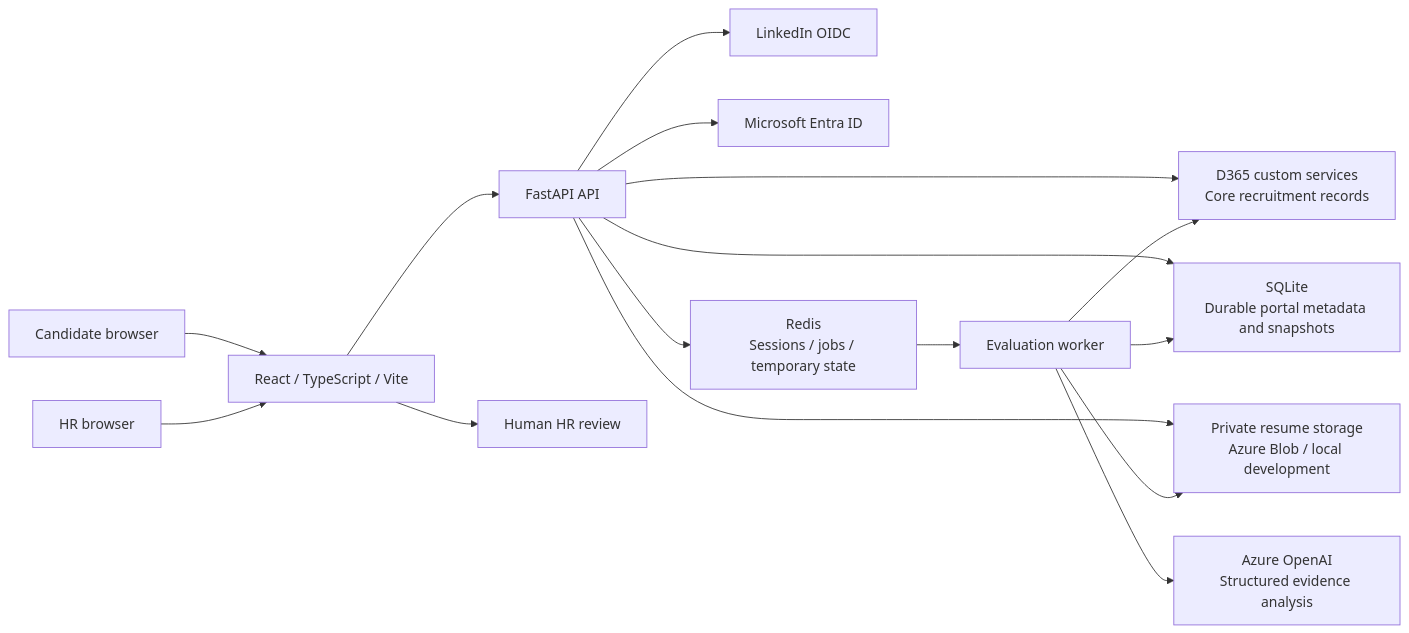
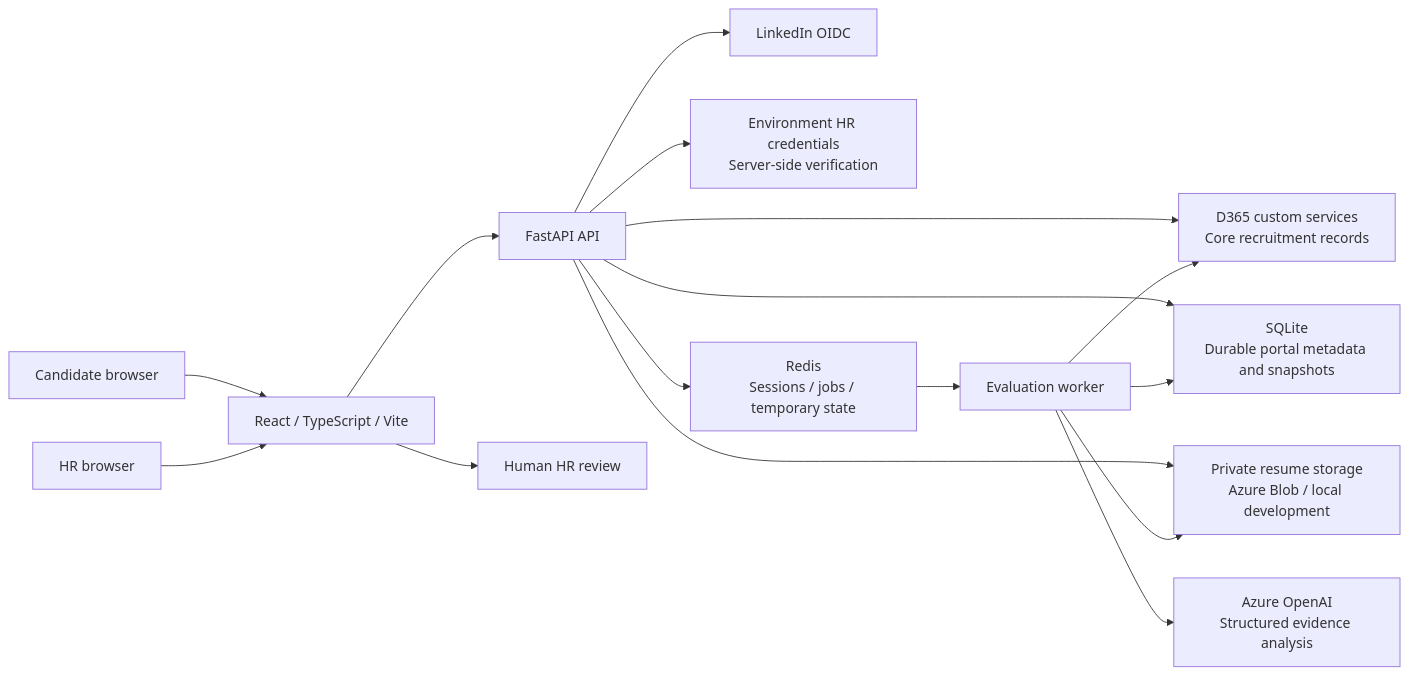
Before and after one commit to SriTharoon05/UB_HRProcess_Agent: the diagram in docs/architecture.md, drawn with Mermaid. The commit also changed 19 other files, not shown here.

````diff
--- a/docs/architecture.md
+++ b/docs/architecture.md
@@ -5,18 +5,18 @@
 ```mermaid
 flowchart LR
     Candidate[Candidate browser] --> UI[React / TypeScript / Vite]
     HR[HR browser] --> UI
     UI --> API[FastAPI API]
     API --> LI[LinkedIn OIDC]
-    API --> Entra[Microsoft Entra ID]
+    API --> HRAuth[Environment HR credentials\nServer-side verification]
     API --> D365[D365 custom services\nCore recruitment records]
     API --> SQLite[SQLite\nDurable portal metadata and snapshots]
     API --> Storage[Private resume storage\nAzure Blob / local development]
     API --> Redis[Redis\nSessions / jobs / temporary state]
     Redis --> Worker[Evaluation worker]
     Worker --> Storage
     Worker --> AOAI[Azure OpenAI\nStructured evidence analysis]
     Worker --> D365
     Worker --> SQLite
     UI --> Review[Human HR review]
 ```
````
